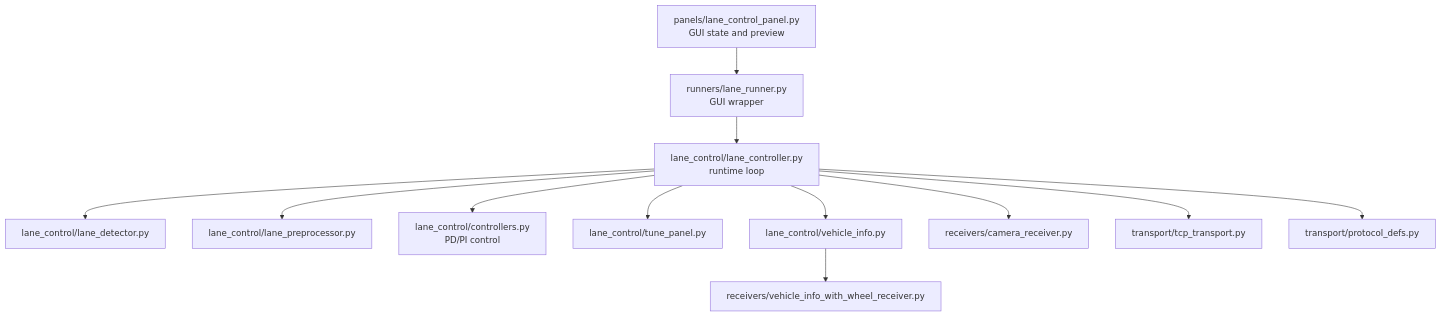
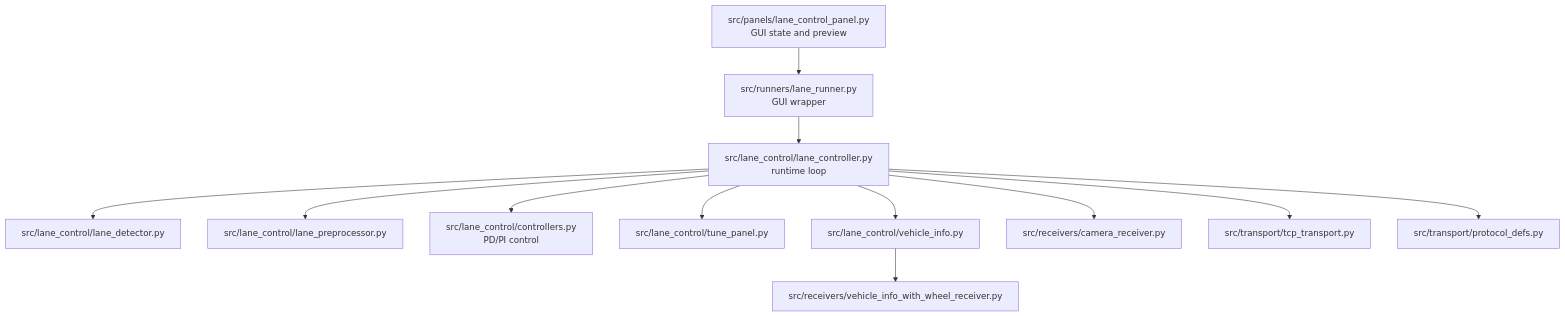
One commit to MORAI-Autonomous/MORAI-SimControl_v2.1 changed the fourth of 5 diagrams in docs/code-review-graph.md. Above: the diagram before and after it, drawn with Mermaid. The commit also changed other lines of this file and 136 other files, not shown here.

````diff
--- a/docs/code-review-graph.md
+++ b/docs/code-review-graph.md
@@ -120,27 +120,27 @@
 ```mermaid
 flowchart TD
-    runner["runners/lane_runner.py<br/>GUI wrapper"]
-    panel["panels/lane_control_panel.py<br/>GUI state and preview"]
-    controller["lane_control/lane_controller.py<br/>runtime loop"]
-    detector["lane_control/lane_detector.py"]
-    preprocessor["lane_control/lane_preprocessor.py"]
-    controllers["lane_control/controllers.py<br/>PD/PI control"]
-    tune["lane_control/tune_panel.py"]
-    vehicle["lane_control/vehicle_info.py"]
-    camera["receivers/camera_receiver.py"]
-    wheel["receivers/vehicle_info_with_wheel_receiver.py"]
-    tcp["transport/tcp_transport.py"]
-    defs["transport/protocol_defs.py"]
+    runner["src/runners/lane_runner.py<br/>GUI wrapper"]
+    panel["src/panels/lane_control_panel.py<br/>GUI state and preview"]
+    controller["src/lane_control/lane_controller.py<br/>runtime loop"]
+    detector["src/lane_control/lane_detector.py"]
+    preprocessor["src/lane_control/lane_preprocessor.py"]
+    controllers["src/lane_control/controllers.py<br/>PD/PI control"]
+    tune["src/lane_control/tune_panel.py"]
+    vehicle["src/lane_control/vehicle_info.py"]
+    camera["src/receivers/camera_receiver.py"]
+    wheel["src/receivers/vehicle_info_with_wheel_receiver.py"]
+    tcp["src/transport/tcp_transport.py"]
+    defs["src/transport/protocol_defs.py"]
 
     panel --> runner
     runner --> controller
     controller --> detector
     controller --> preprocessor
     controller --> controllers
     controller --> tune
     controller --> vehicle
     controller --> camera
     controller --> tcp
     controller --> defs
     vehicle --> wheel
 ```
````
